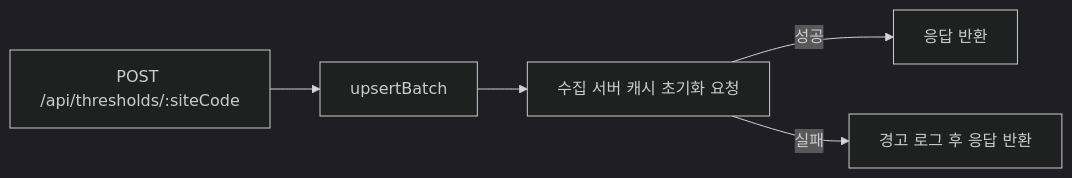
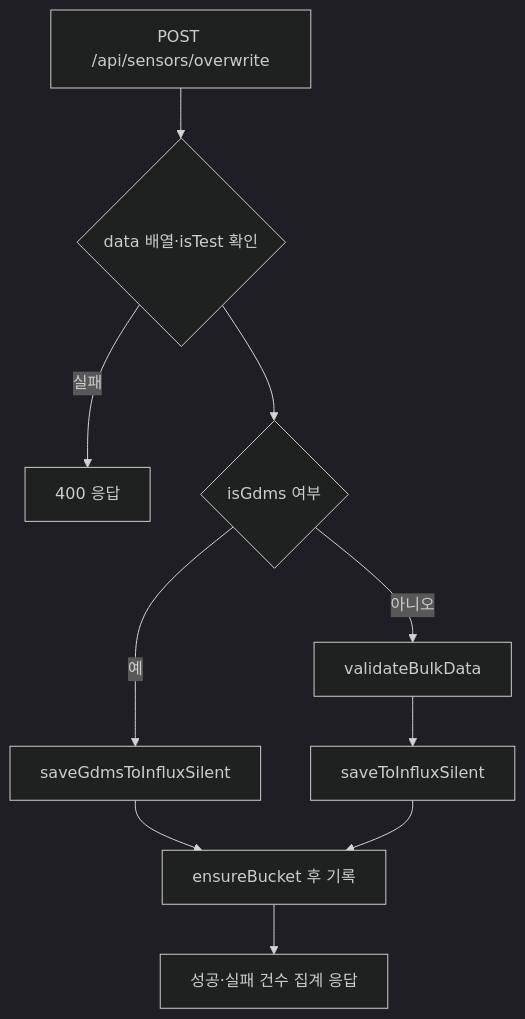
The third of 3 diagrams in server/undefined-1.md (inbm-company/geoverse--), drawn with Mermaid (dark theme) before and after one commit. The commit also changed other lines of this file and 8 other files, not shown here.

````diff
--- a/server/undefined-1.md
+++ b/server/undefined-1.md
@@ -312,7 +126,11 @@
 ```mermaid
-flowchart LR
-    A["POST /api/thresholds/:siteCode"] --> B["upsertBatch"]
-    B --> C["수집 서버 캐시 초기화 요청"]
-    C -->|성공| D["응답 반환"]
-    C -->|실패| E["경고 로그 후 응답 반환"]
+flowchart TD
+    A["POST /api/sensors/overwrite"] --> B{"data 배열·isTest 확인"}
+    B -->|실패| E["400 응답"]
+    B --> C{"isGdms 여부"}
+    C -->|예| D["saveGdmsToInfluxSilent"]
+    C -->|아니오| F["validateBulkData"] --> G["saveToInfluxSilent"]
+    D --> H["ensureBucket 후 기록"]
+    G --> H
+    H --> I["성공·실패 건수 집계 응답"]
 ```
````
